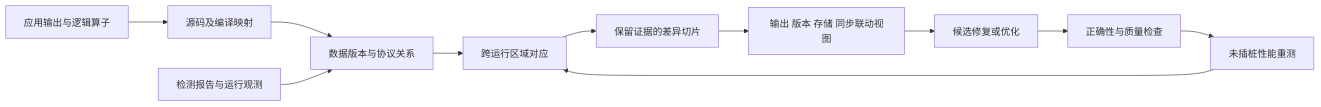
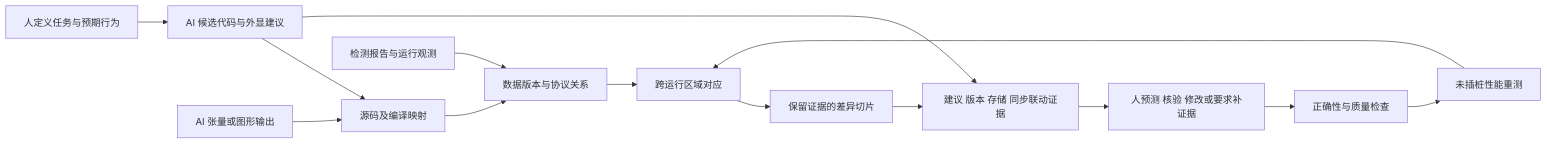
One commit to liuweibupt/GPU-sim changed the diagram in docs/research/async-gpu-paper-plan.md. Above: the diagram before and after it, drawn with Mermaid. The commit also changed other lines of this file and 1 other file, not shown here.

````diff
--- a/docs/research/async-gpu-paper-plan.md
+++ b/docs/research/async-gpu-paper-plan.md
@@ -74,13 +96,16 @@
 ```mermaid
 flowchart LR
-    A[应用输出与逻辑算子] --> B[源码及编译映射]
+    P[人定义任务与预期行为] --> Q[AI 候选代码与外显建议]
+    Q --> B[源码及编译映射]
+    A[AI 张量或图形输出] --> B
     B --> C[数据版本与协议关系]
     D[检测报告与运行观测] --> C
     C --> E[跨运行区域对应]
     E --> F[保留证据的差异切片]
-    F --> G[输出 版本 存储 同步联动视图]
-    G --> H[候选修复或优化]
+    F --> G[建议 版本 存储 同步联动证据]
+    Q --> G
+    G --> H[人预测 核验 修改或要求补证据]
     H --> I[正确性与质量检查]
     I --> J[未插桩性能重测]
     J --> E
 ```
````
